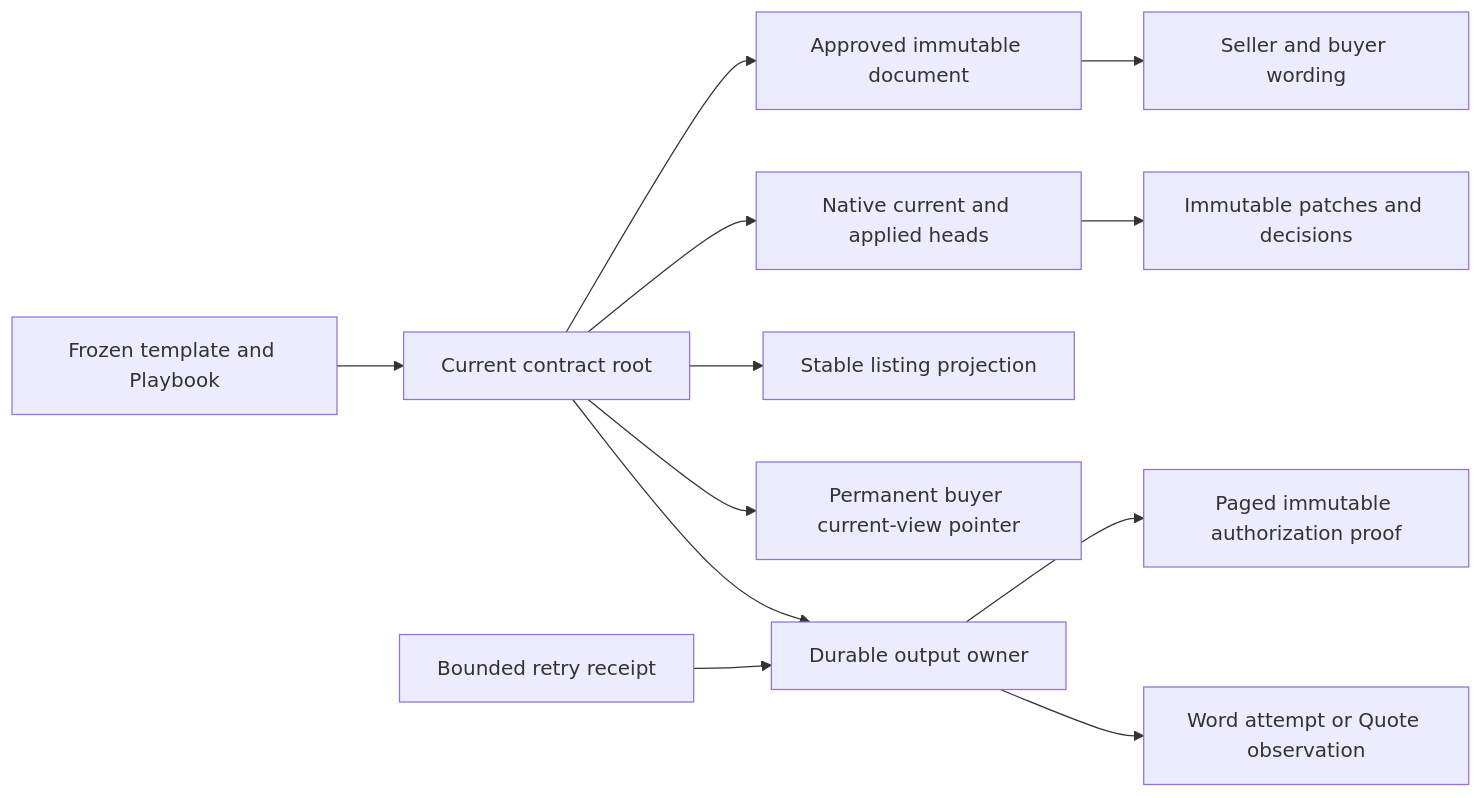
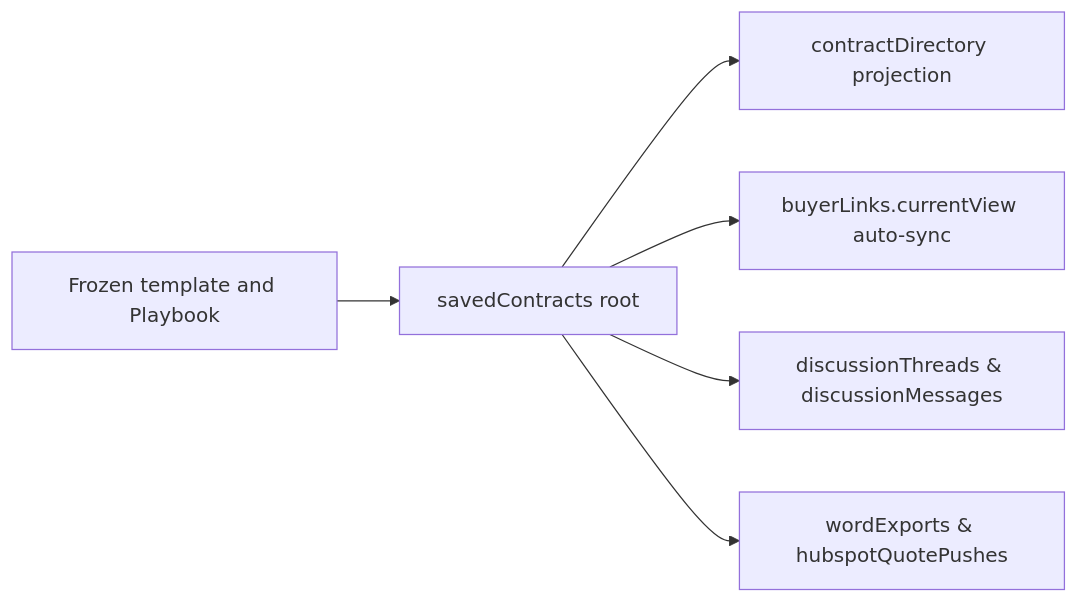
Before and after one commit to newmanjulien/dinu-app: the second of 2 diagrams in docs/data-model.md, drawn with Mermaid. The commit also changed other lines of this file and 479 other files, not shown here.

````diff
--- a/docs/data-model.md
+++ b/docs/data-model.md
@@ -152,14 +151,8 @@
 ```mermaid
 flowchart LR
-    Template[Frozen template and Playbook] --> Root[Current contract root]
-    Root --> Document[Approved immutable document]
-    Root --> Heads[Native current and applied heads]
-    Heads --> Changes[Immutable patches and decisions]
-    Root --> Directory[Stable listing projection]
-    Root --> Link[Permanent buyer current-view pointer]
-    Document --> View[Seller and buyer wording]
-    Root --> Output[Durable output owner]
-    Receipt[Bounded retry receipt] --> Output
-    Output --> Proof[Paged immutable authorization proof]
-    Output --> Attempt[Word attempt or Quote observation]
+    Template[Frozen template and Playbook] --> Root[savedContracts root]
+    Root --> Directory[contractDirectory projection]
+    Root --> Link[buyerLinks.currentView auto-sync]
+    Root --> Discussions[discussionThreads & discussionMessages]
+    Root --> Exports[wordExports & hubspotQuotePushes]
 ```
````
